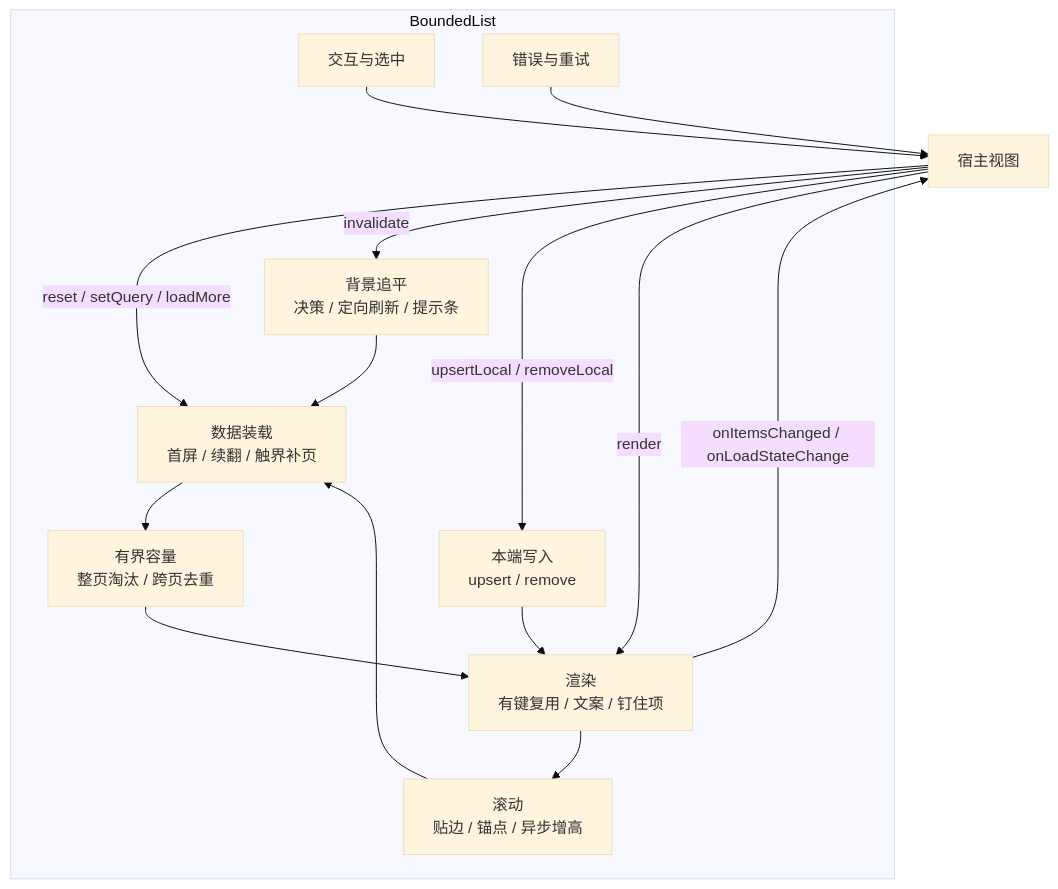
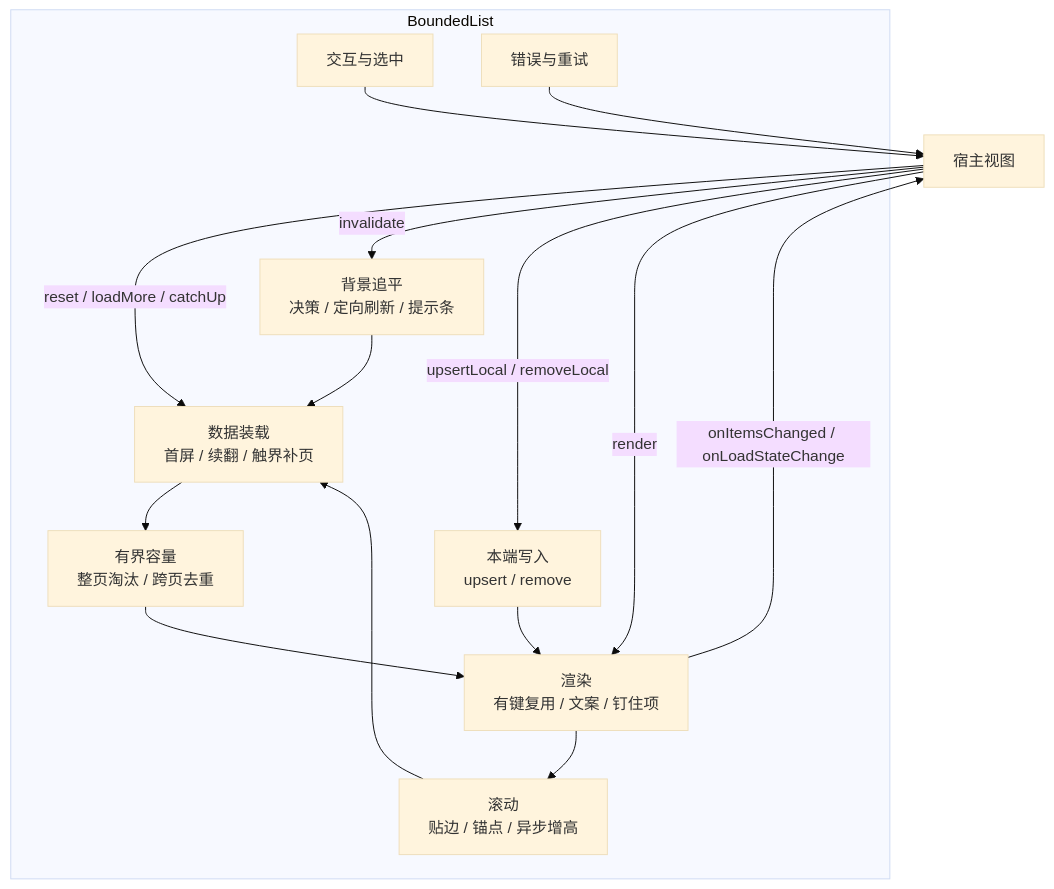
The first of 3 diagrams in packages/uikit/docs/boundedlist/功能说明.md (dacez/yimsg), drawn with Mermaid (base theme) before and after one commit. The commit also changed other lines of this file and 33 other files, not shown here.

````diff
--- a/packages/uikit/docs/boundedlist/功能说明.md
+++ b/packages/uikit/docs/boundedlist/功能说明.md
@@ -51,26 +51,26 @@
 ```mermaid
 flowchart TD
     Host["宿主视图"]
     subgraph BL["BoundedList"]
         Load["数据装载<br/>首屏 / 续翻 / 触界补页"]
         Bound["有界容量<br/>整页淘汰 / 跨页去重"]
         Sync["背景追平<br/>决策 / 定向刷新 / 提示条"]
         Local["本端写入<br/>upsert / remove"]
         View["渲染<br/>有键复用 / 文案 / 钉住项"]
         Scroll["滚动<br/>贴边 / 锚点 / 异步增高"]
         Sel["交互与选中"]
         Err["错误与重试"]
     end
-    Host -->|reset / setQuery / loadMore| Load
+    Host -->|reset / loadMore / catchUp| Load
     Host -->|invalidate| Sync
     Host -->|upsertLocal / removeLocal| Local
     Host -->|render| View
     Load --> Bound --> View
     Sync --> Load
     Local --> View
     View --> Scroll
     Scroll --> Load
     Sel --> Host
     Err --> Host
     View -->|onItemsChanged / onLoadStateChange| Host
 ```
````
